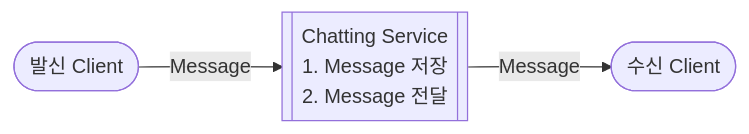
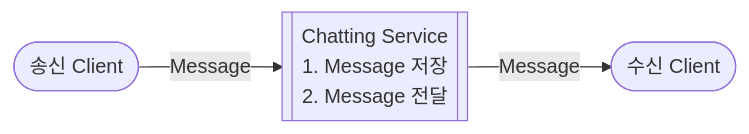
Before and after one commit to choesimin/choesimin.github.io: the second of 8 diagrams in _drafts/skills/system-design/chatting.md, drawn with Mermaid. The commit also changed other lines of this file, not shown here.

````diff
--- a/_drafts/skills/system-design/chatting.md
+++ b/_drafts/skills/system-design/chatting.md
@@ -71,9 +71,9 @@
 ```mermaid
 flowchart LR
 
-sender([발신 Client])
+sender([송신 Client])
 service[[Chatting Service\n1. Message 저장\n2. Message 전달]]
-receiver([수신 Client])
+recipient([수신 Client])
 
-sender -->|Message| service -->|Message| receiver
+sender -->|Message| service -->|Message| recipient
 ```
````
